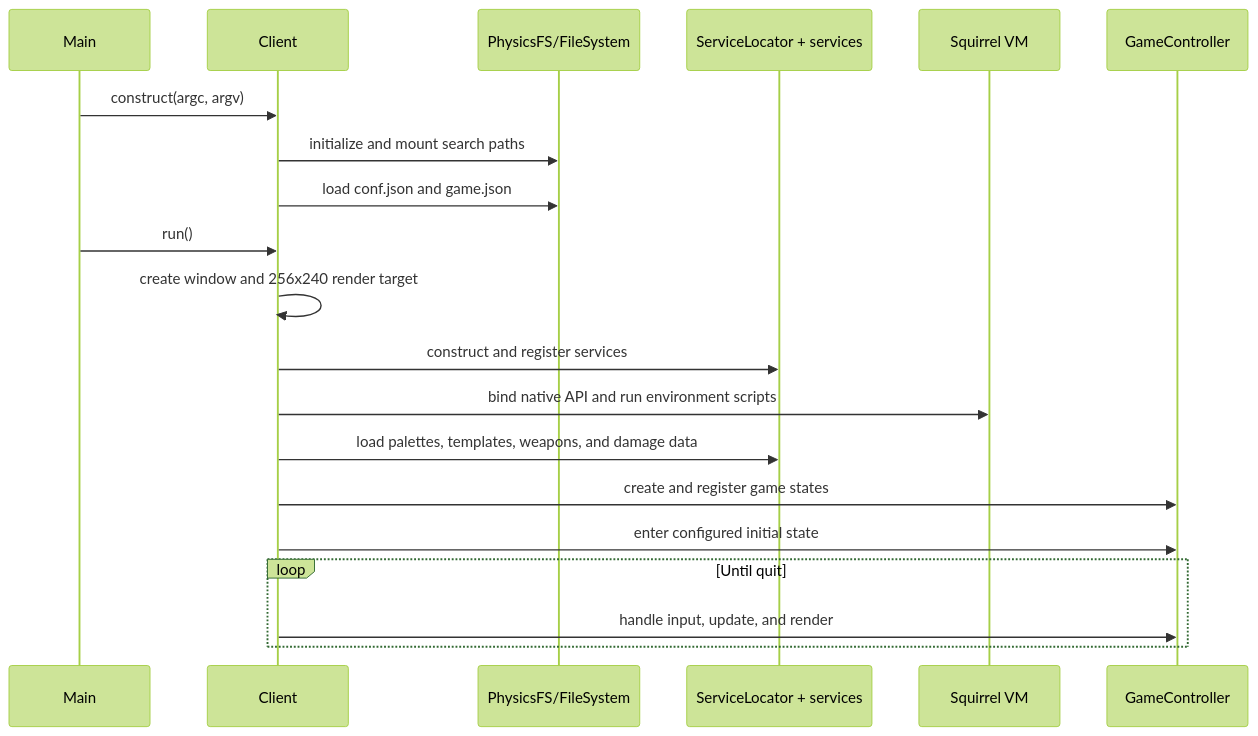
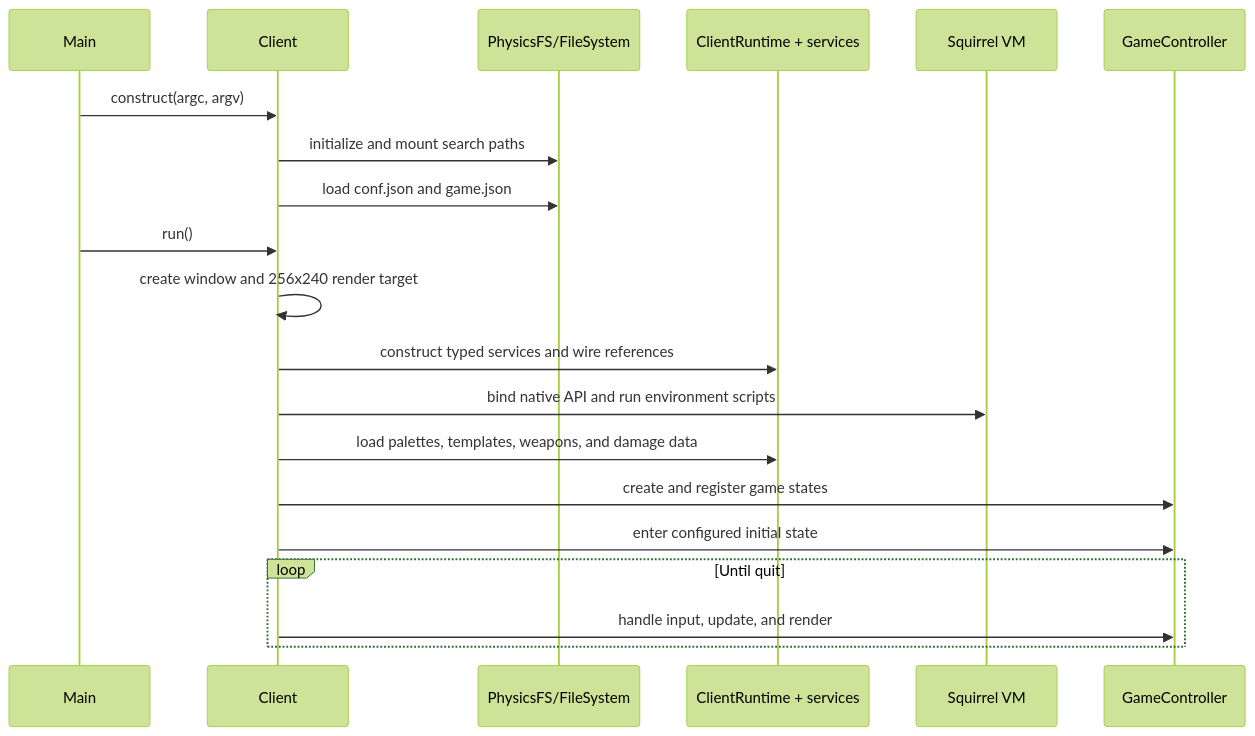
One commit to ztheh-games/hikari changed the second of 6 diagrams in docs/architecture.md. Above: the diagram before and after it, drawn with Mermaid (forest theme). The commit also changed other lines of this file and 75 other files, not shown here.

````diff
--- a/docs/architecture.md
+++ b/docs/architecture.md
@@ -95,23 +105,23 @@
 ```mermaid
 sequenceDiagram
     participant Main
     participant Client
     participant VFS as PhysicsFS/FileSystem
-    participant Services as ServiceLocator + services
+    participant Services as ClientRuntime + services
     participant Scripts as Squirrel VM
     participant States as GameController
 
     Main->>Client: construct(argc, argv)
     Client->>VFS: initialize and mount search paths
     Client->>VFS: load conf.json and game.json
     Main->>Client: run()
     Client->>Client: create window and 256x240 render target
-    Client->>Services: construct and register services
+    Client->>Services: construct typed services and wire references
     Client->>Scripts: bind native API and run environment scripts
     Client->>Services: load palettes, templates, weapons, and damage data
     Client->>States: create and register game states
     Client->>States: enter configured initial state
     loop Until quit
         Client->>States: handle input, update, and render
     end
 ```
````
